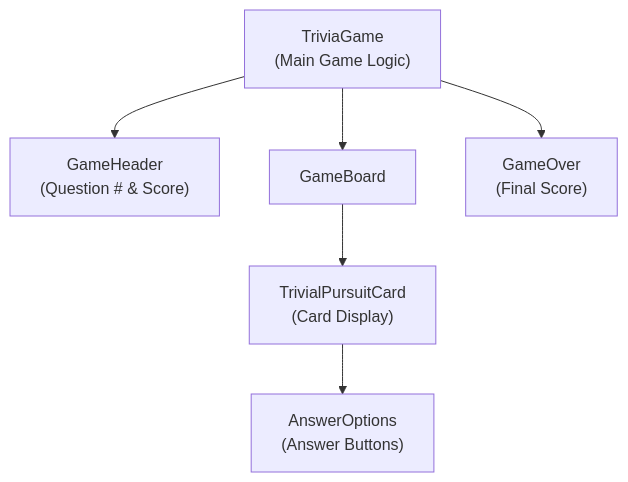
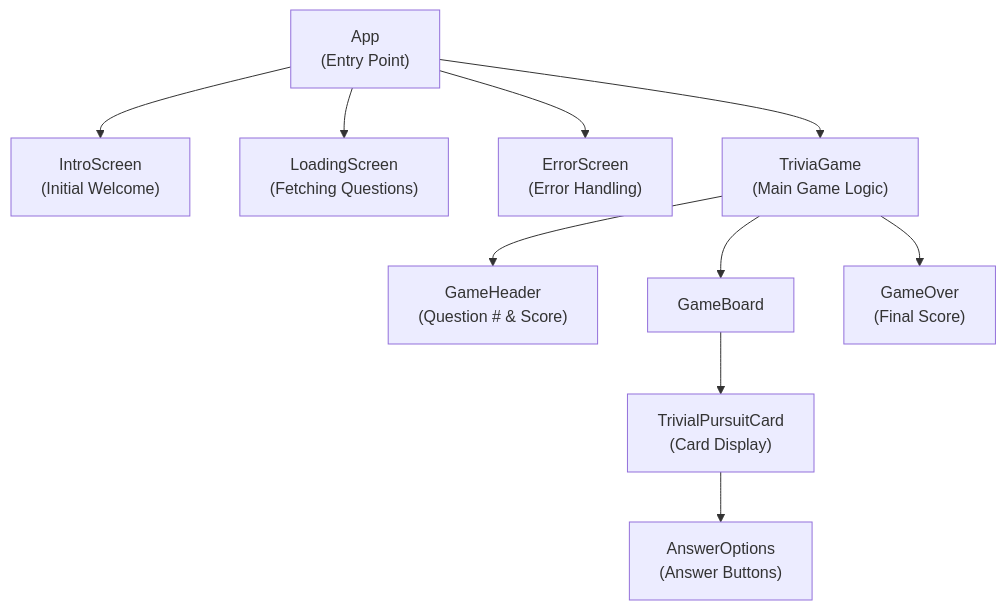
One commit to mpleroux/trivia_quiz changed the diagram in README.md. Above: the diagram before and after it, drawn with Mermaid.

Commit message:
Add Mermaid flowchart

````diff
--- a/README.md
+++ b/README.md
@@ -36,15 +36,23 @@
 ```mermaid
 graph TD
+    App["App<br/>(Entry Point)"]
+    IntroScreen["IntroScreen<br/>(Initial Welcome)"]
+    LoadingScreen["LoadingScreen<br/>(Fetching Questions)"]
+    ErrorScreen["ErrorScreen<br/>(Error Handling)"]
     TriviaGame["TriviaGame<br/>(Main Game Logic)"]
     GameHeader["GameHeader<br/>(Question # & Score)"]
     GameBoard["GameBoard"]
     TrivialPursuitCard["TrivialPursuitCard<br/>(Card Display)"]
     AnswerOptions["AnswerOptions<br/>(Answer Buttons)"]
     GameOver["GameOver<br/>(Final Score)"]
     
+    App --> IntroScreen
+    App --> LoadingScreen
+    App --> ErrorScreen
+    App --> TriviaGame
     TriviaGame --> GameHeader
     TriviaGame --> GameBoard
     TriviaGame --> GameOver
     GameBoard --> TrivialPursuitCard
     TrivialPursuitCard --> AnswerOptions
 ```
````
